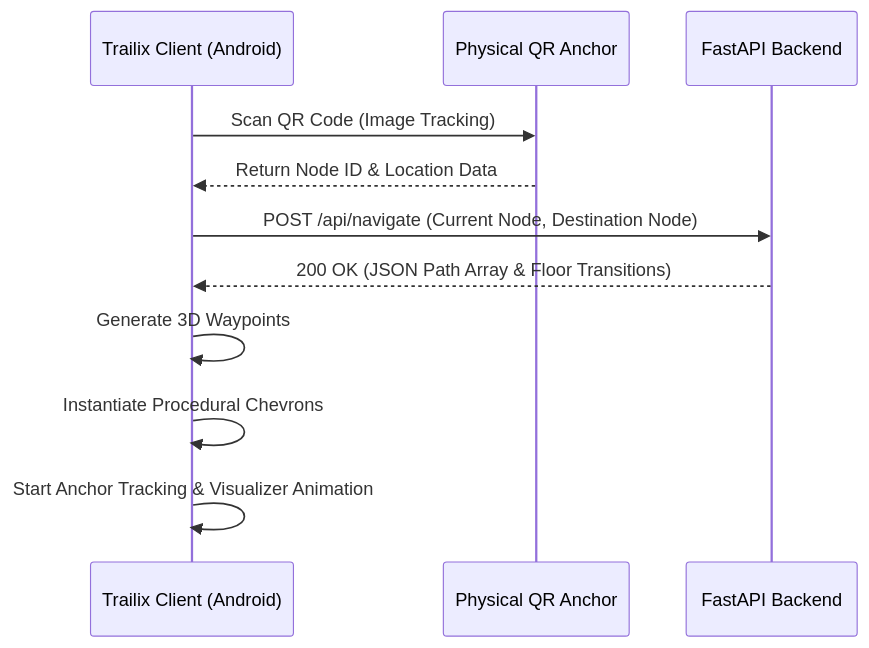
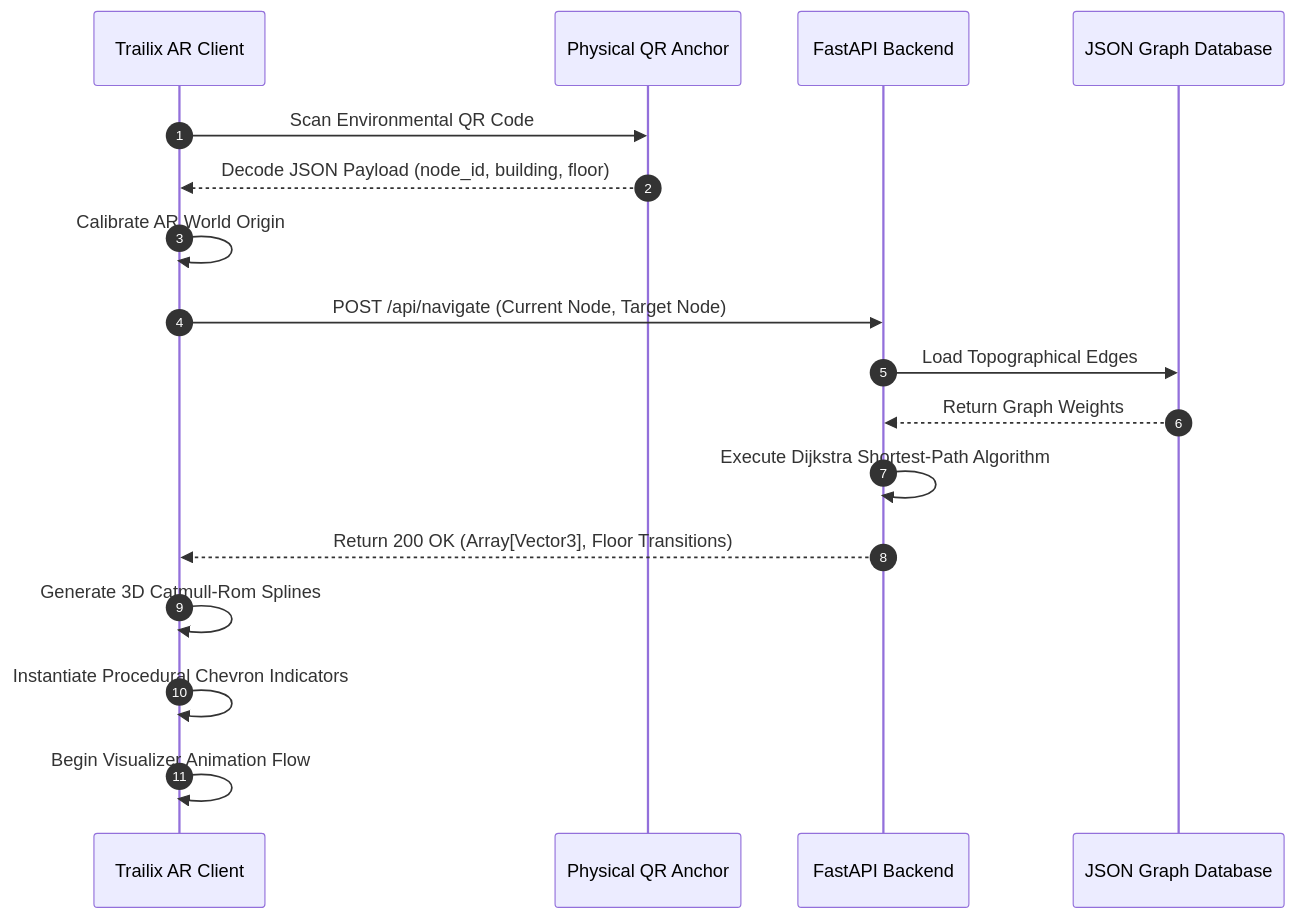
One commit to Srinidhi-070/AR-Campus-Navigation changed the diagram in README.md. Above: the diagram before and after it, drawn with Mermaid. The commit also changed other lines of this file, not shown here.

Commit message:
Docs: Enhance README with comprehensive API documentation, detailed feature lists, and typing SVG animation

````diff
--- a/README.md
+++ b/README.md
@@ -27,14 +29,20 @@
 ```mermaid
 sequenceDiagram
-    participant User as Trailix Client (Android)
+    autonumber
+    participant U as Trailix AR Client
     participant QR as Physical QR Anchor
-    participant Server as FastAPI Backend
-    
-    User->>QR: Scan QR Code (Image Tracking)
-    QR-->>User: Return Node ID & Location Data
-    User->>Server: POST /api/navigate (Current Node, Destination Node)
-    Server-->>User: 200 OK (JSON Path Array & Floor Transitions)
-    User->>User: Generate 3D Waypoints
-    User->>User: Instantiate Procedural Chevrons
-    User->>User: Start Anchor Tracking & Visualizer Animation
+    participant API as FastAPI Backend
+    participant DB as JSON Graph Database
+
+    U->>QR: Scan Environmental QR Code
+    QR-->>U: Decode JSON Payload (node_id, building, floor)
+    U->>U: Calibrate AR World Origin
+    U->>API: POST /api/navigate (Current Node, Target Node)
+    API->>DB: Load Topographical Edges
+    DB-->>API: Return Graph Weights
+    API->>API: Execute Dijkstra Shortest-Path Algorithm
+    API-->>U: Return 200 OK (Array[Vector3], Floor Transitions)
+    U->>U: Generate 3D Catmull-Rom Splines
+    U->>U: Instantiate Procedural Chevron Indicators
+    U->>U: Begin Visualizer Animation Flow
 ```
````
